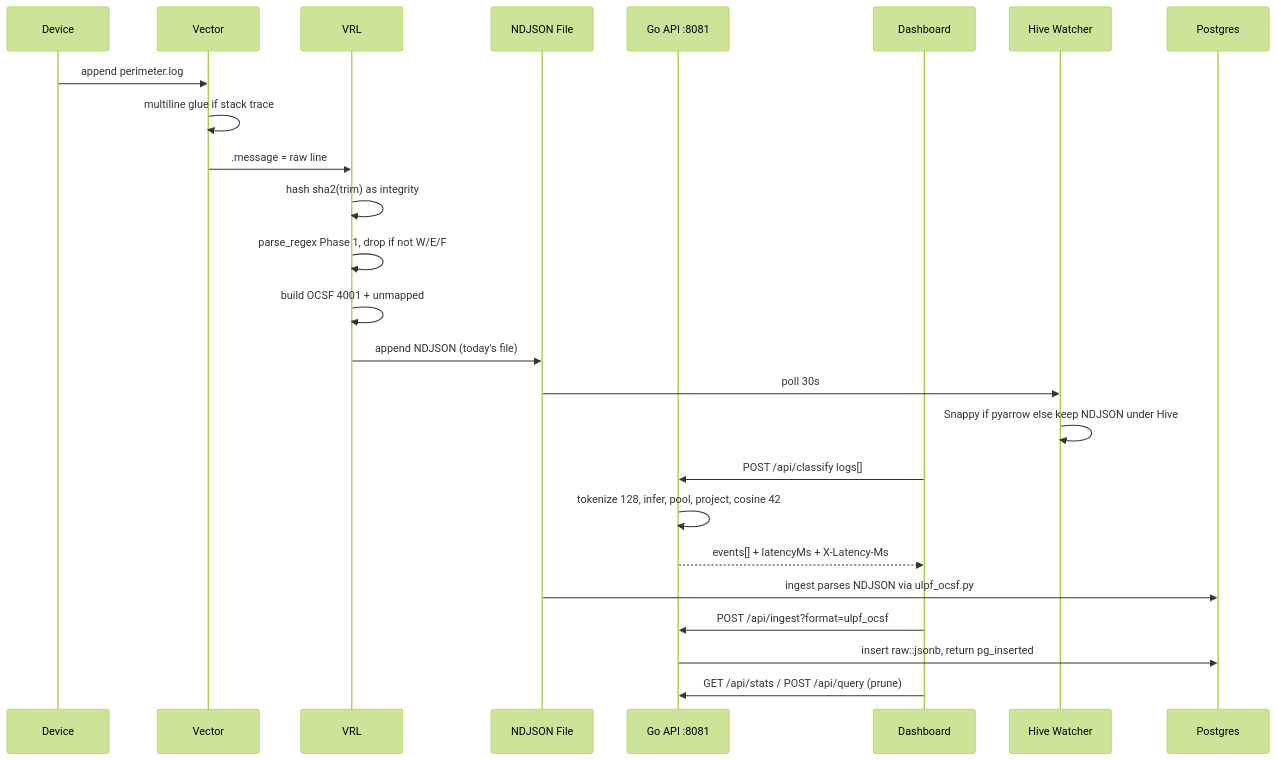
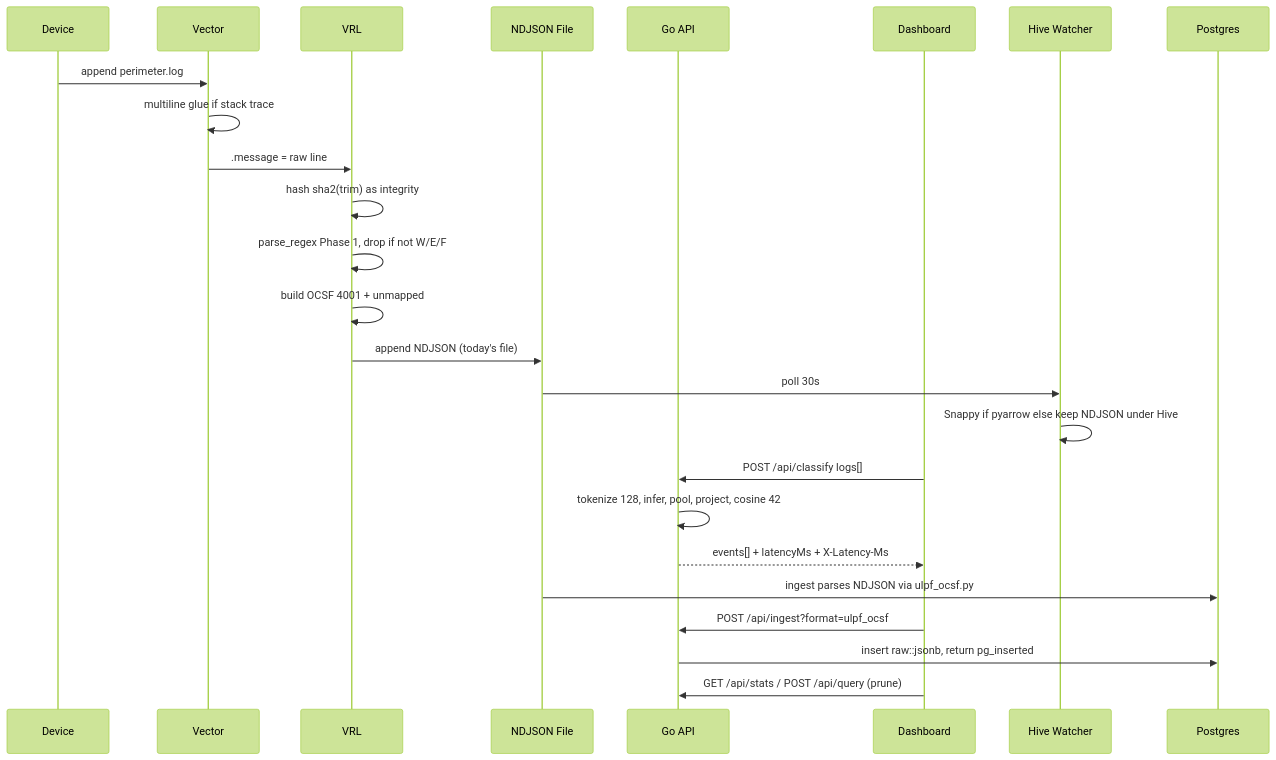
Before and after one commit to LusterSourav/logforce: the second of 3 diagrams in docs/SYSTEM_ARCHITECTURE.md, drawn with Mermaid (forest theme). The commit also changed other lines of this file, not shown here.

Commit message:
Update system architecture doc

````diff
--- a/docs/SYSTEM_ARCHITECTURE.md
+++ b/docs/SYSTEM_ARCHITECTURE.md
@@ -63,27 +63,27 @@
 ```mermaid
 sequenceDiagram
  participant D as Device
  participant V as Vector
  participant R as VRL
  participant F as NDJSON File
- participant A as Go API :8081
+ participant A as Go API 
  participant U as Dashboard
  participant P as Hive Watcher
  participant S as Postgres
  D->>V: append perimeter.log
  V->>V: multiline glue if stack trace
  V->>R: .message = raw line
  R->>R: hash sha2(trim) as integrity
  R->>R: parse_regex Phase 1, drop if not W/E/F
  R->>R: build OCSF 4001 + unmapped
  R->>F: append NDJSON (today's file)
  F->>P: poll 30s
  P->>P: Snappy if pyarrow else keep NDJSON under Hive
  U->>A: POST /api/classify logs[]
  A->>A: tokenize 128, infer, pool, project, cosine 42
  A-->>U: events[] + latencyMs + X-Latency-Ms
  F->>S: ingest parses NDJSON via ulpf_ocsf.py
  U->>A: POST /api/ingest?format=ulpf_ocsf
  A->>S: insert raw::jsonb, return pg_inserted
  U->>A: GET /api/stats / POST /api/query (prune)
 ```
````
